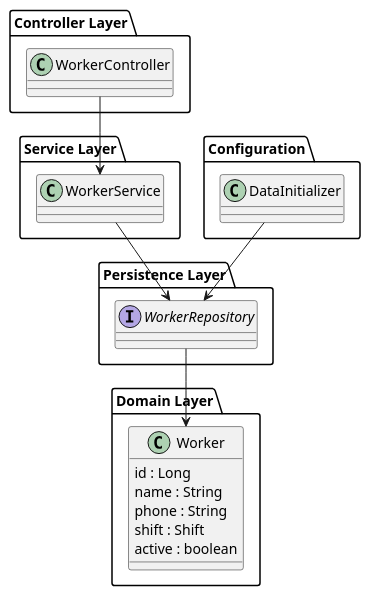
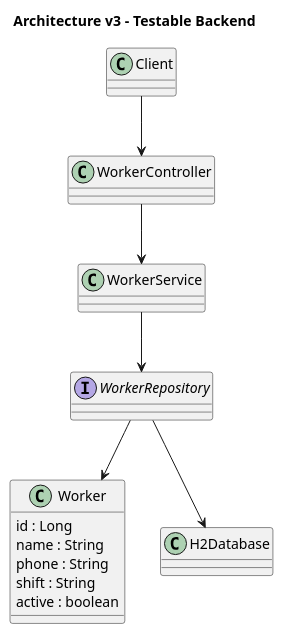
One commit to dinhoimbr2-alt/workorder-management changed the diagram in docs/architecture-v3.puml. Above: the diagram before and after it, drawn with PlantUML. The commit also changed 20 other files, not shown here.

```diff
--- a/docs/architecture-v3.puml
+++ b/docs/architecture-v3.puml
@@ -1,37 +1,25 @@
 @startuml
+title Architecture v3 – Testable Backend
 
-package "Controller Layer" {
- class WorkerController
-}
+class Client
+class WorkerController
+class WorkerService
+interface WorkerRepository
 
-package "Service Layer" {
- class WorkerService
-}
-
-package "Persistence Layer" {
- interface WorkerRepository
-}
-
-package "Configuration" {
- class DataInitializer
-}
-
-package "Domain Layer" {
-
- class Worker {
+class Worker {
   id : Long
   name : String
   phone : String
-  shift : Shift
+  shift : String
   active : boolean
- }
-
 }
 
+class H2Database
+
+Client --> WorkerController
 WorkerController --> WorkerService
 WorkerService --> WorkerRepository
+WorkerRepository --> H2Database
 WorkerRepository --> Worker
 
-DataInitializer --> WorkerRepository
-
 @enduml
```
